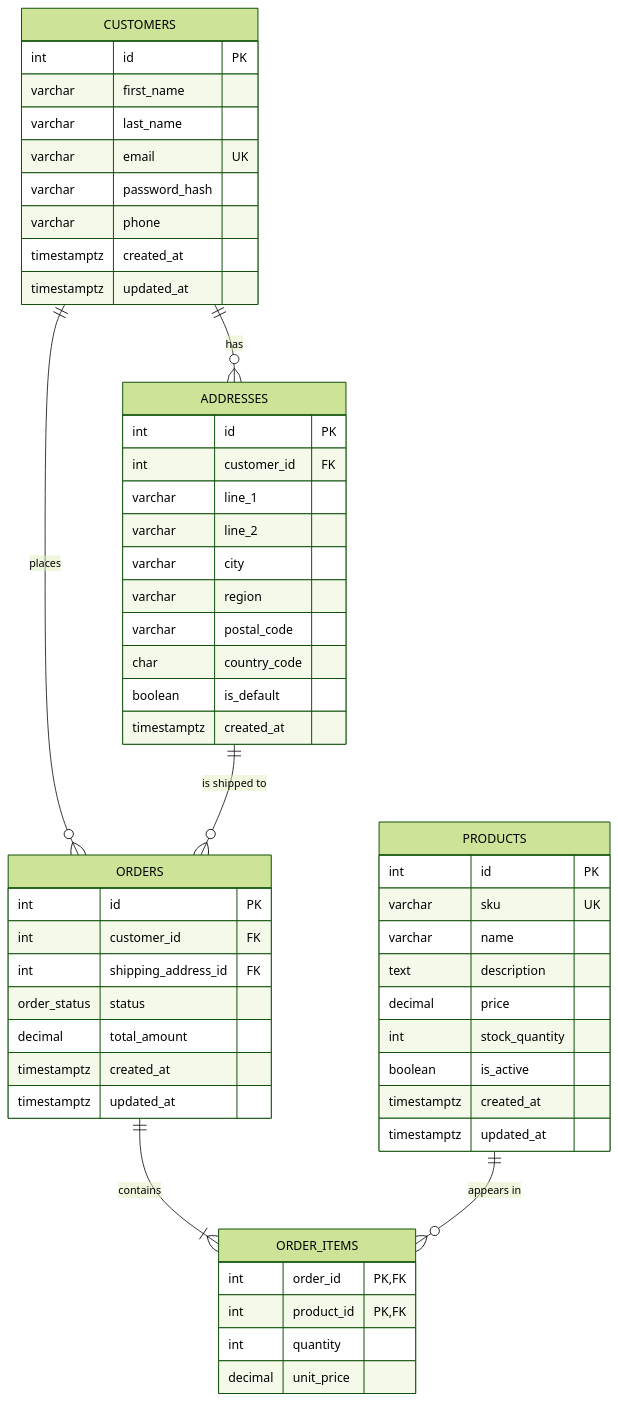
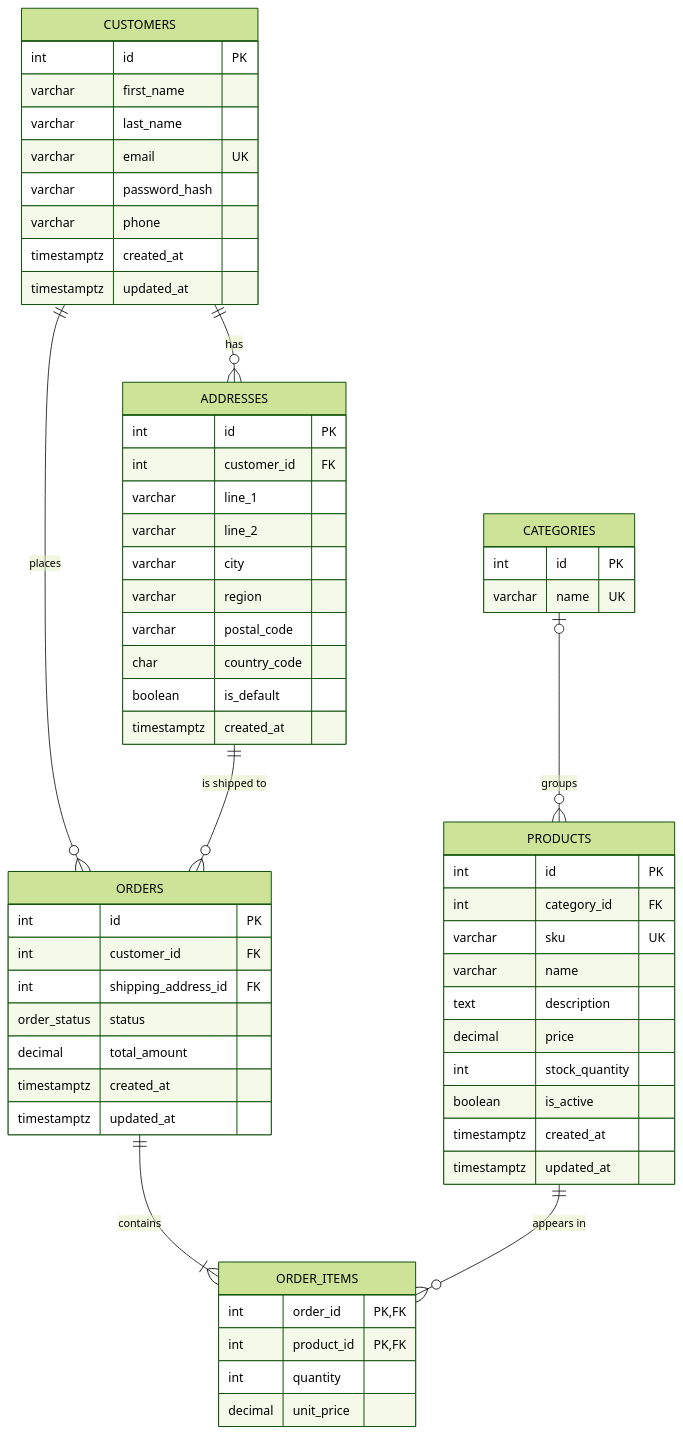
One commit to MelissaJones98/E-Commerce-App changed the diagram in docs/database-design.md. Above: the diagram before and after it, drawn with Mermaid (forest theme). The commit also changed other lines of this file and 9 other files, not shown here.

````diff
--- a/docs/database-design.md
+++ b/docs/database-design.md
@@ -7,61 +7,68 @@
 ```mermaid
 erDiagram
     CUSTOMERS ||--o{ ADDRESSES : "has"
     CUSTOMERS ||--o{ ORDERS : "places"
     ADDRESSES ||--o{ ORDERS : "is shipped to"
     ORDERS ||--|{ ORDER_ITEMS : "contains"
     PRODUCTS ||--o{ ORDER_ITEMS : "appears in"
+    CATEGORIES |o--o{ PRODUCTS : "groups"
 
     CUSTOMERS {
         int id PK
         varchar first_name
         varchar last_name
         varchar email UK
         varchar password_hash
         varchar phone
         timestamptz created_at
         timestamptz updated_at
     }
 
     ADDRESSES {
         int id PK
         int customer_id FK
         varchar line_1
         varchar line_2
         varchar city
         varchar region
         varchar postal_code
         char country_code
         boolean is_default
         timestamptz created_at
     }
 
+    CATEGORIES {
+        int id PK
+        varchar name UK
+    }
+
     PRODUCTS {
         int id PK
+        int category_id FK
         varchar sku UK
         varchar name
         text description
         decimal price
         int stock_quantity
         boolean is_active
         timestamptz created_at
         timestamptz updated_at
     }
 
     ORDERS {
         int id PK
         int customer_id FK
         int shipping_address_id FK
         order_status status
         decimal total_amount
         timestamptz created_at
         timestamptz updated_at
     }
 
     ORDER_ITEMS {
         int order_id PK, FK
         int product_id PK, FK
         int quantity
         decimal unit_price
     }
 ```
````
